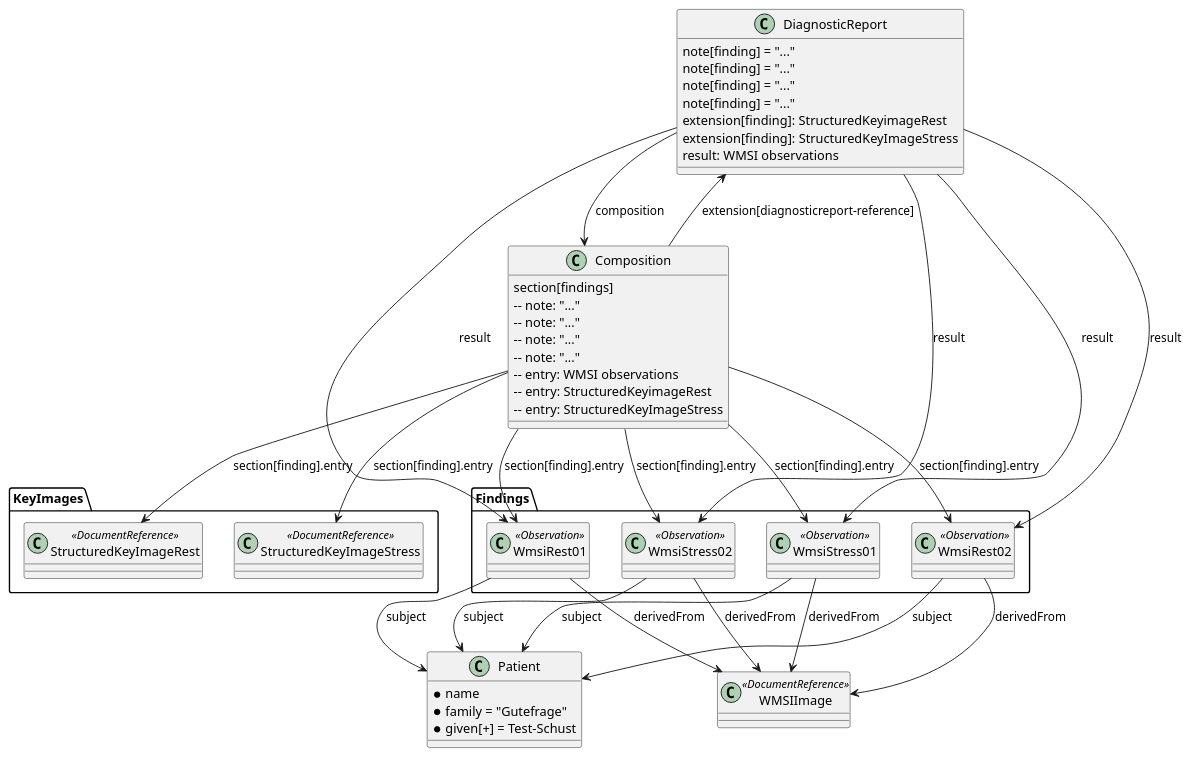
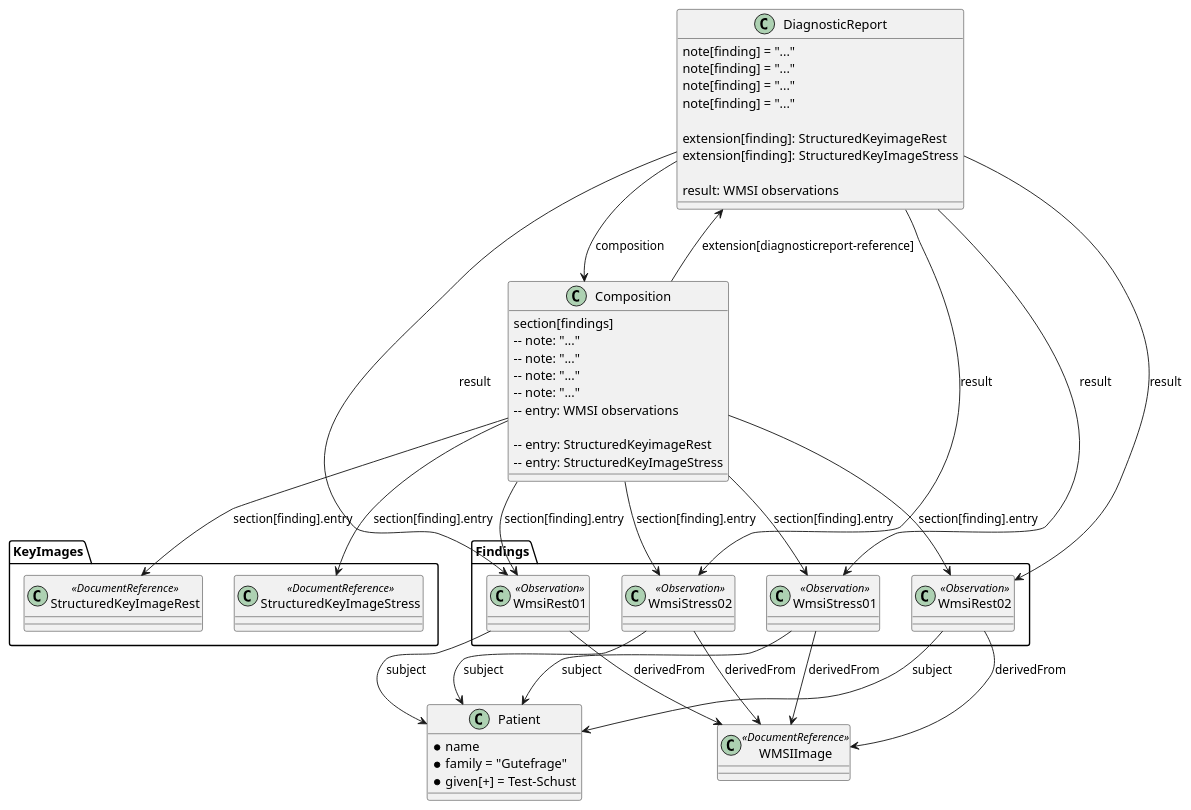
The diagram in input/images-source/example-structured-findings.plantuml (hl7-eu/imaging-r5), drawn with PlantUML before and after one commit. The commit also changed 68 other files, not shown here.

```diff
--- a/input/images-source/example-structured-findings.plantuml
+++ b/input/images-source/example-structured-findings.plantuml
@@ -1,71 +1,77 @@
 @startuml
 
     package Findings {
         class WmsiRest01 <<Observation>> [[./Observation-RestWmsi01.html]]
         class WmsiRest02 <<Observation>> [[./Observation-RestWmsi02.html]]
         class WmsiStress01 <<Observation>> [[./Observation-StressWmsi01.html]]
         class WmsiStress02 <<Observation>> [[./Observation-StressWmsi02.html]]
     }
     package KeyImages {
+
         class StructuredKeyImageRest <<DocumentReference>> [[./DocumentReference-StructuredKeyImageRest.html]]
         class StructuredKeyImageStress <<DocumentReference>> [[./DocumentReference-StructuredKeyImageStress.html]]
-    }
-    package KeyImages {
-        class StructuredKeyImageRest <<DocumentReference>> [[./DocumentReference-StructuredKeyImageRest.html]]
-        class StructuredKeyImageStress <<DocumentReference>> [[./DocumentReference-StructuredKeyImageStress.html]]
+
     }
  
     WmsiRest01 --> Patient: subject
     WmsiRest01 --> WMSIImage: derivedFrom
     WmsiStress01 --> Patient: subject
     WmsiStress01 --> WMSIImage: derivedFrom
     WmsiRest02 --> Patient: subject
     WmsiRest02 --> WMSIImage: derivedFrom
     WmsiStress02 --> Patient: subject
     WmsiStress02 --> WMSIImage: derivedFrom
 
+
     class WMSIImage <<DocumentReference>>
+
 
     DiagnosticReport --> Composition: composition
     DiagnosticReport --> WmsiRest01: result
     DiagnosticReport --> WmsiRest02: result
     DiagnosticReport --> WmsiStress01: result
     DiagnosticReport --> WmsiStress02: result
 
     Composition --> DiagnosticReport: extension[diagnosticreport-reference]
     Composition --> WmsiRest01: section[finding].entry
     Composition --> WmsiRest02: section[finding].entry
     Composition --> WmsiStress01: section[finding].entry
     Composition --> WmsiStress02: section[finding].entry
+
     Composition --> StructuredKeyImageStress: section[finding].entry
     Composition --> StructuredKeyImageRest: section[finding].entry
+
 
     class Patient{
         * name 
           * family = "Gutefrage"
           * given[+] = Test-Schust
     }
 
     class Composition [[./Composition-CompositionStructured.html]] {
         section[findings]
         -- note: "..."
         -- note: "..."
         -- note: "..."
         -- note: "..."
         -- entry: WMSI observations
+    
         -- entry: StructuredKeyimageRest
         -- entry: StructuredKeyImageStress
+    
     }
 
     class DiagnosticReport [[./DiagnosticReport-DiagnosticReportStructured.html]] {
         note[finding] = "..."
         note[finding] = "..."
         note[finding] = "..."
         note[finding] = "..."
+    
         extension[finding]: StructuredKeyimageRest
         extension[finding]: StructuredKeyImageStress
+    
         result: WMSI observations
     }
 
     
 @enduml
```
